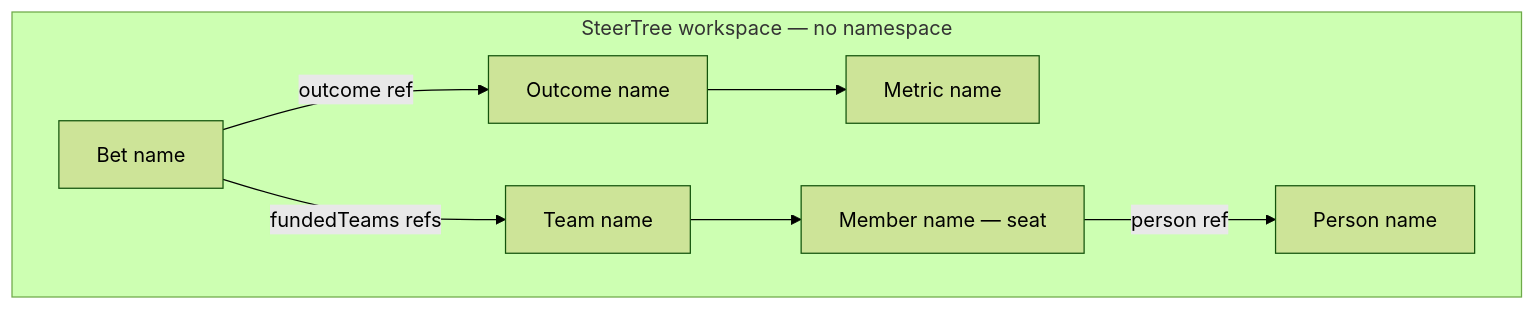
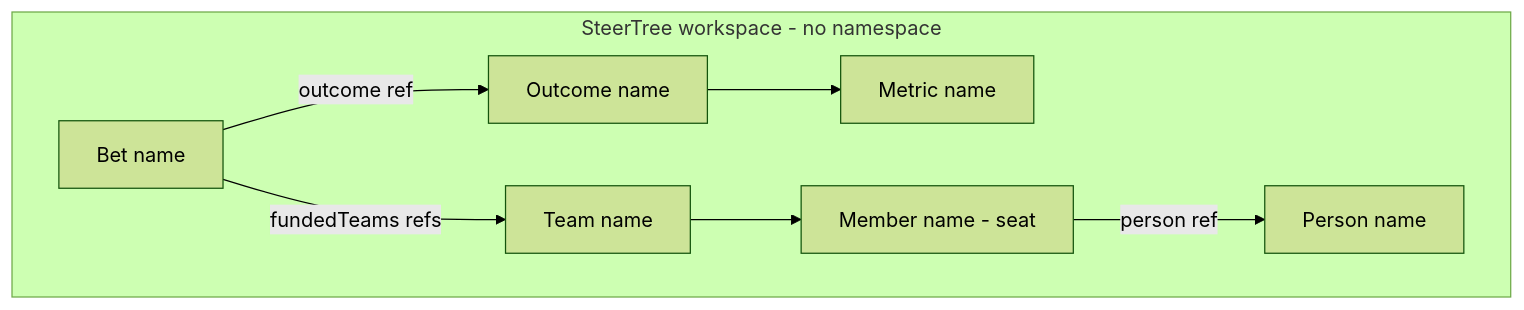
Before and after one commit to mzworthington/steerco: the diagram in docs/ADRs/0006-steerspec-name-and-kinded-refs.md, drawn with Mermaid (forest theme). The commit also changed other lines of this file and 69 other files, not shown here.

````diff
--- a/docs/ADRs/0006-steerspec-name-and-kinded-refs.md
+++ b/docs/ADRs/0006-steerspec-name-and-kinded-refs.md
@@ -75,16 +75,16 @@
 ```mermaid
 flowchart TB
-  subgraph workspace [SteerTree workspace — no namespace]
+  subgraph workspace [SteerTree workspace - no namespace]
     O[Outcome name]
     M[Metric name]
     B[Bet name]
     T[Team name]
     P[Person name]
-    S[Member name — seat]
+    S[Member name - seat]
     O --> M
     B -->|outcome ref| O
     B -->|fundedTeams refs| T
     T --> S
     S -->|person ref| P
   end
 ```
````
